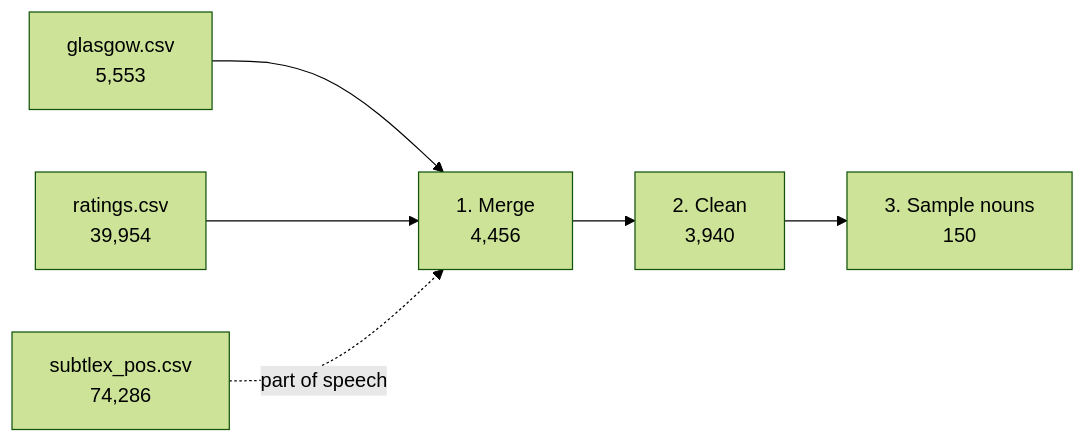
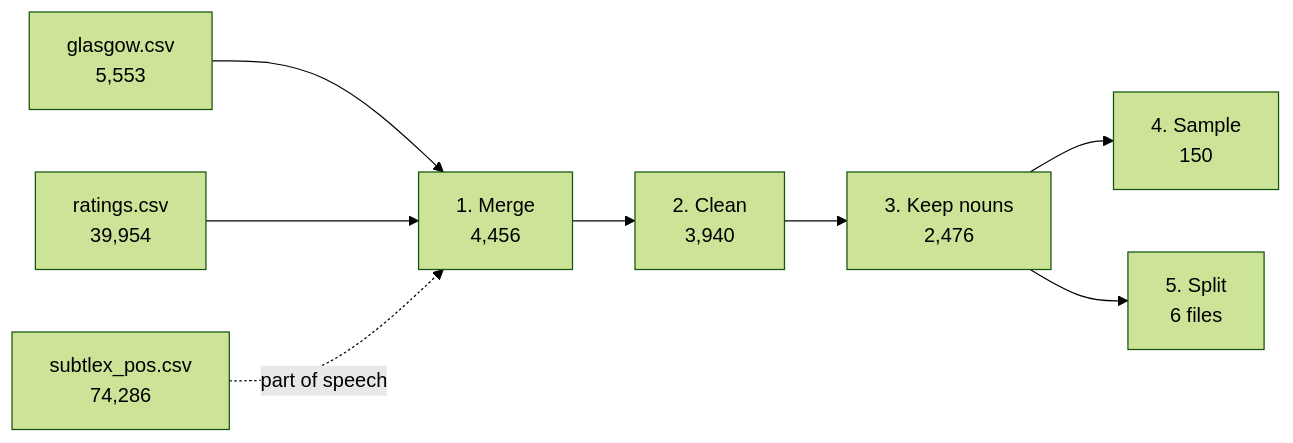
The diagram in dataset/README.md (ArmitaAfr/Visibility_Thresholds), drawn with Mermaid (forest theme) before and after one commit. The commit also changed other lines of this file and 8 other files, not shown here.

````diff
--- a/dataset/README.md
+++ b/dataset/README.md
@@ -35,7 +37,8 @@
 ```mermaid
 flowchart LR
     G[glasgow.csv<br/>5,553] --> M
     R[ratings.csv<br/>39,954] --> M
-    M[1. Merge<br/>4,456] --> C[2. Clean<br/>3,940] --> S[3. Sample nouns<br/>150]
+    M[1. Merge<br/>4,456] --> C[2. Clean<br/>3,940] --> N[3. Keep nouns<br/>2,476] --> S[4. Sample<br/>150]
+    N --> X[5. Split<br/>6 files]
     P[subtlex_pos.csv<br/>74,286] -. part of speech .-> M
 ```
````
